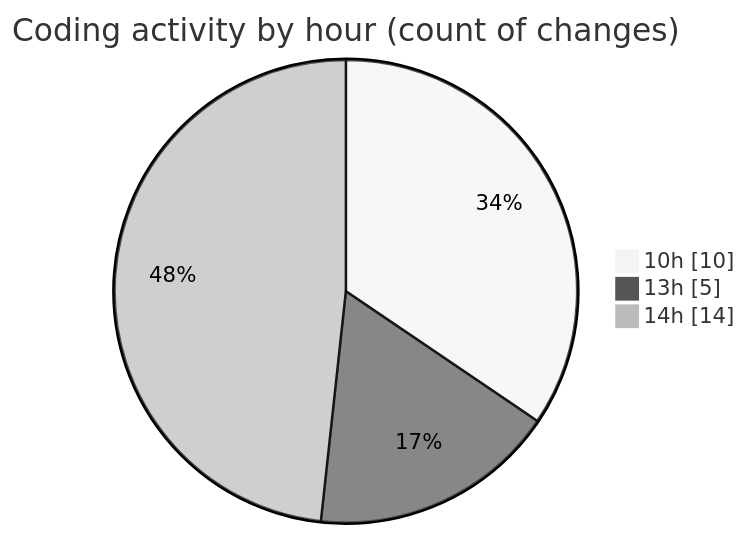
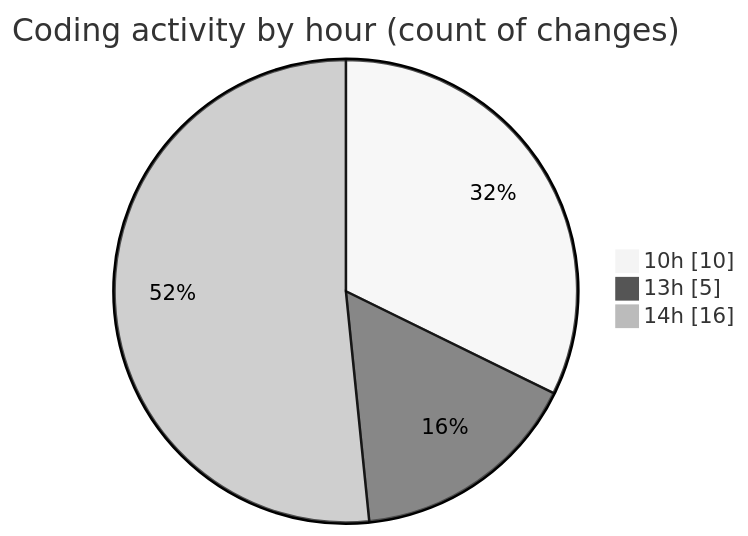
Before and after one commit to nxtqubesakshisongat/code-tracking: the second of 2 diagrams in 2025-07-30/nxtqube_webapp/README.md, drawn with Mermaid (neutral theme). The commit also changed other lines of this file and 1 other file, not shown here.

````diff
--- a/2025-07-30/nxtqube_webapp/README.md
+++ b/2025-07-30/nxtqube_webapp/README.md
@@ -32,7 +33,7 @@
 ```mermaid
 pie showData
 title Coding activity by hour (count of changes)
 "10h" : 10
 "13h" : 5
-"14h" : 14
+"14h" : 16
 ```
````
